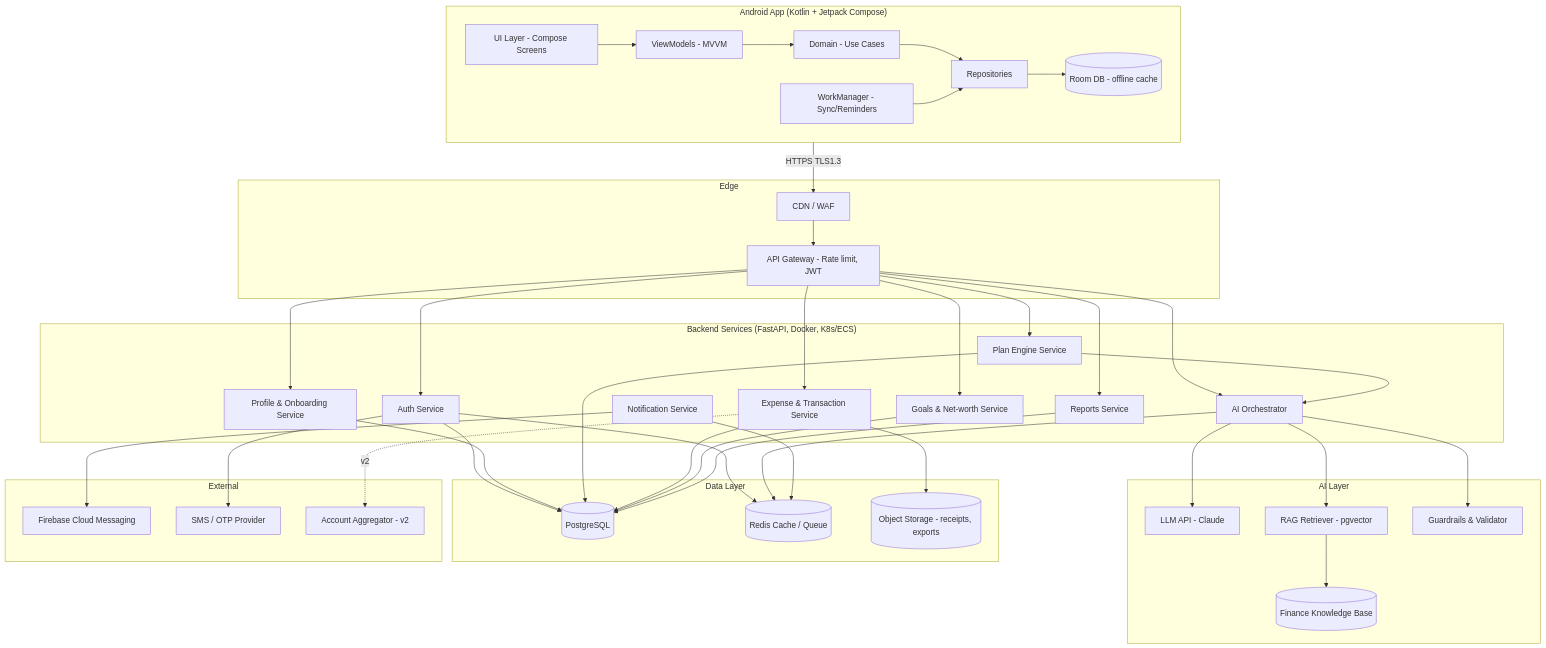
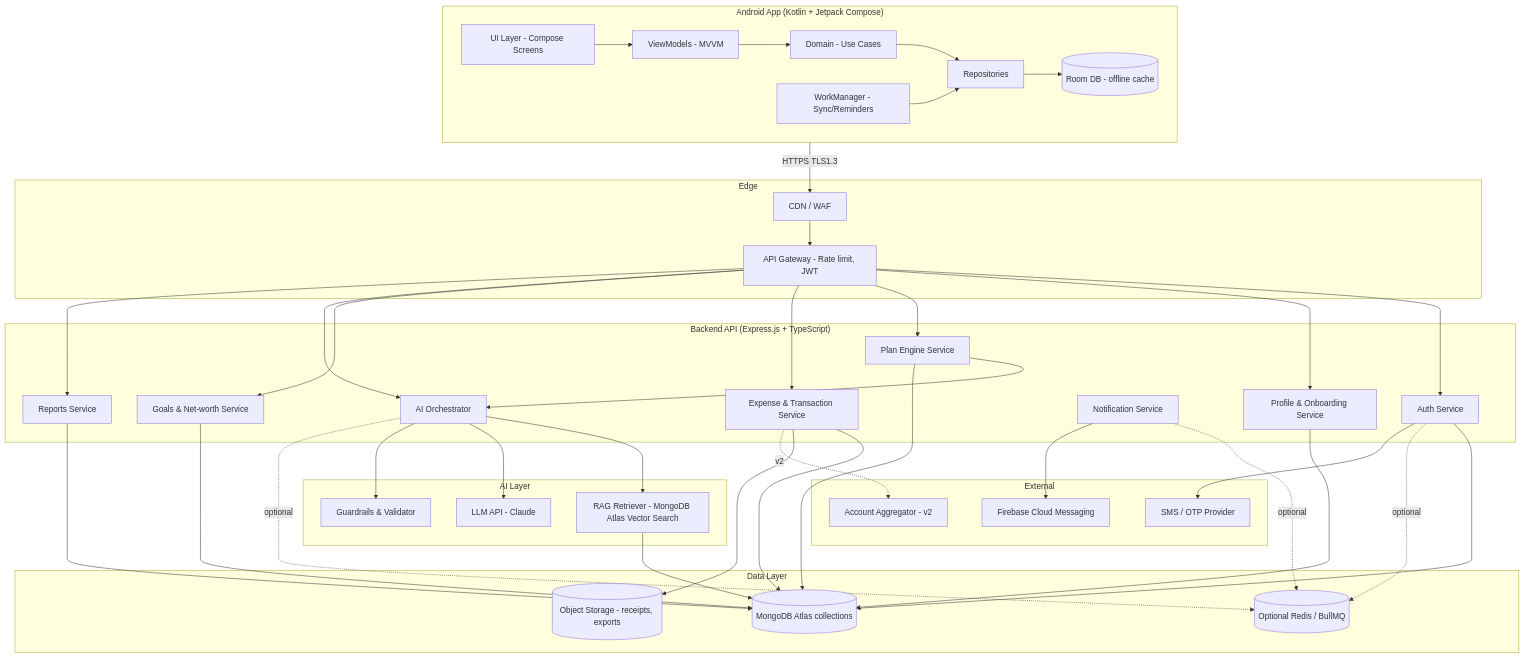
One commit to Roni1256/Personal-Fin changed the first of 3 diagrams in artifacts/02_Design_Document.md. Above: the diagram before and after it, drawn with Mermaid. The commit also changed other lines of this file and 25 other files, not shown here.

````diff
--- a/artifacts/02_Design_Document.md
+++ b/artifacts/02_Design_Document.md
@@ -7,62 +7,61 @@
 ```mermaid
 flowchart TB
     subgraph Client["Android App (Kotlin + Jetpack Compose)"]
         UI[UI Layer - Compose Screens]
         VM[ViewModels - MVVM]
         UC[Domain - Use Cases]
         REPO[Repositories]
         ROOM[(Room DB - offline cache)]
         WM[WorkManager - Sync/Reminders]
         UI --> VM --> UC --> REPO
         REPO --> ROOM
         WM --> REPO
     end
 
     subgraph Edge["Edge"]
         CDN[CDN / WAF]
         GW[API Gateway - Rate limit, JWT]
     end
 
-    subgraph Backend["Backend Services (FastAPI, Docker, K8s/ECS)"]
+    subgraph Backend["Backend API (Express.js + TypeScript)"]
         AUTH[Auth Service]
         PROF[Profile & Onboarding Service]
         PLAN[Plan Engine Service]
         EXP[Expense & Transaction Service]
         GOAL[Goals & Net-worth Service]
         AIORCH[AI Orchestrator]
         NOTIF[Notification Service]
         RPT[Reports Service]
     end
 
     subgraph AI["AI Layer"]
         LLM[LLM API - Claude]
-        RAG[RAG Retriever - pgvector]
-        KB[(Finance Knowledge Base)]
+        RAG[RAG Retriever - MongoDB Atlas Vector Search]
         GUARD[Guardrails & Validator]
     end
 
     subgraph Data["Data Layer"]
-        PG[(PostgreSQL)]
-        RD[(Redis Cache / Queue)]
+        MDB[(MongoDB Atlas collections)]
+        RD[(Optional Redis / BullMQ)]
         S3[(Object Storage - receipts, exports)]
     end
 
     subgraph Ext["External"]
         FCM[Firebase Cloud Messaging]
         OTP[SMS / OTP Provider]
         AA[Account Aggregator - v2]
     end
 
     Client -->|HTTPS TLS1.3| CDN --> GW
     GW --> AUTH & PROF & PLAN & EXP & GOAL & AIORCH & RPT
     PLAN --> AIORCH
-    AIORCH --> RAG --> KB
+    AIORCH --> RAG --> MDB
     AIORCH --> LLM
     AIORCH --> GUARD
-    AUTH & PROF & PLAN & EXP & GOAL & RPT --> PG
-    AUTH & AIORCH & NOTIF --> RD
+    AUTH & PROF & PLAN & EXP & GOAL & RPT --> MDB
+    AUTH & AIORCH & NOTIF -. optional .-> RD
     EXP --> S3
     NOTIF --> FCM
     AUTH --> OTP
     EXP -.v2.-> AA
 ```
````
